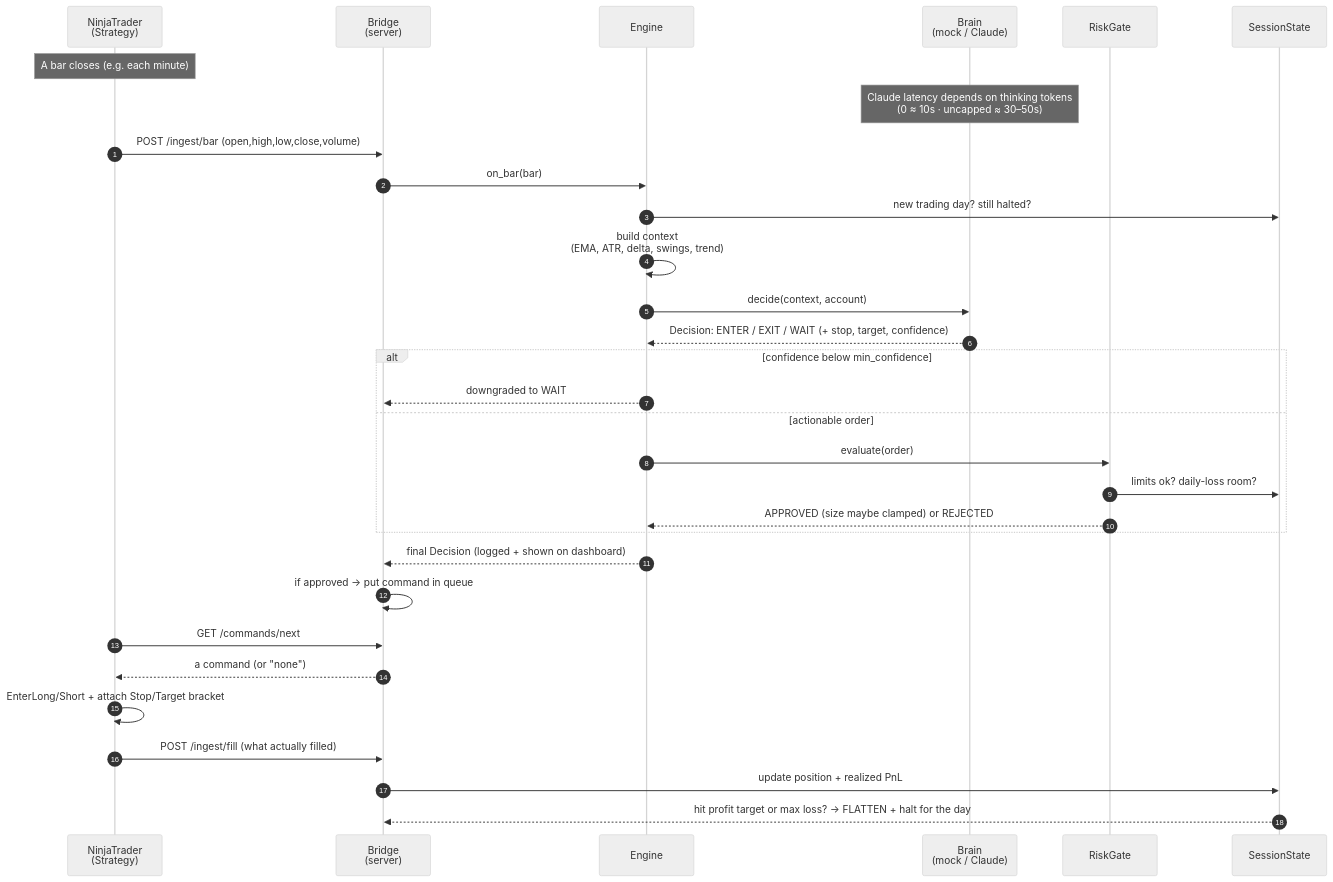
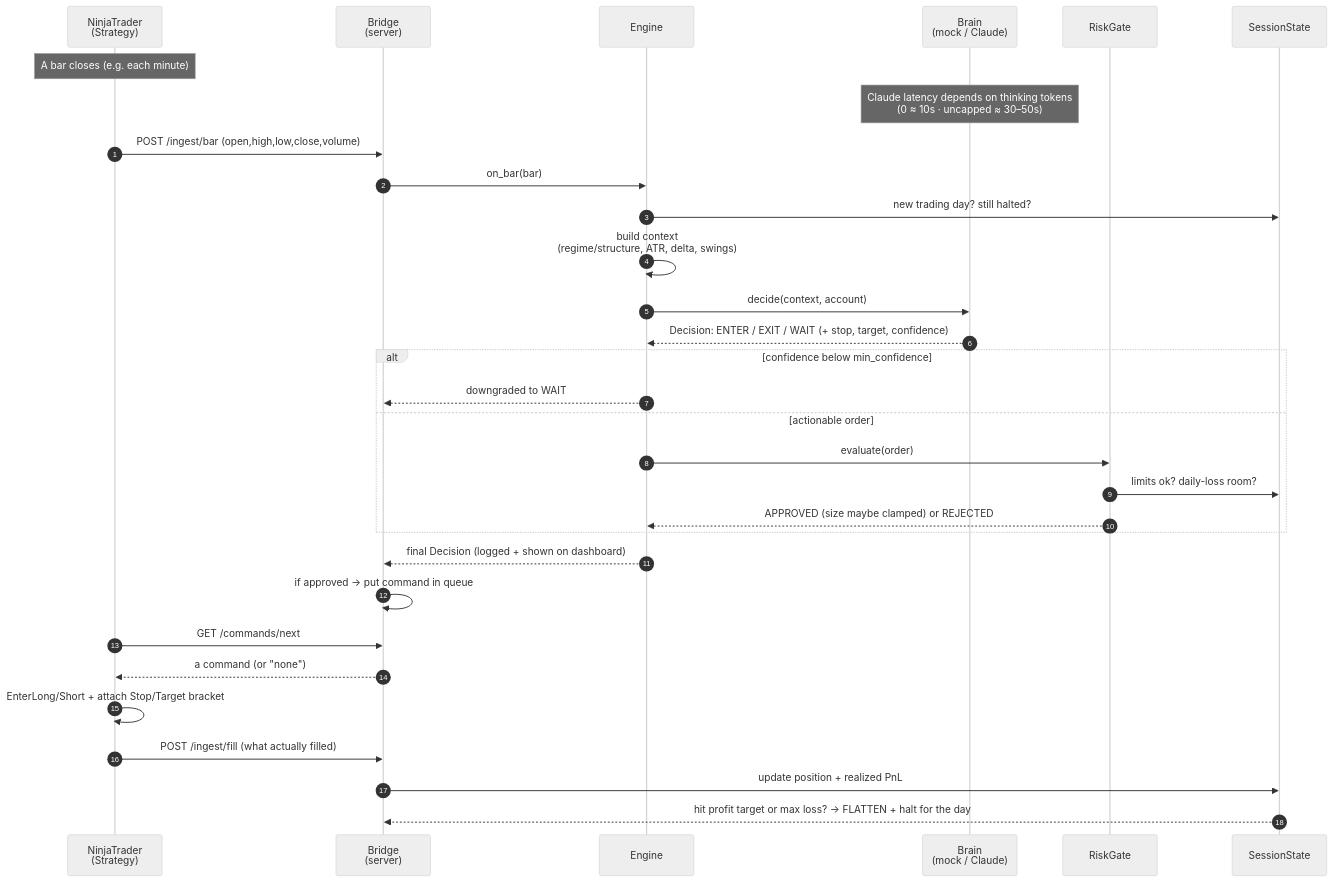
One commit to rrhodeswebdev/hermes-agent-nt changed the second of 3 diagrams in docs/WALKTHROUGH.md. Above: the diagram before and after it, drawn with Mermaid (neutral theme). The commit also changed other lines of this file and 40 other files, not shown here.

````diff
--- a/docs/WALKTHROUGH.md
+++ b/docs/WALKTHROUGH.md
@@ -82,37 +82,37 @@
 ```mermaid
 sequenceDiagram
     autonumber
     participant NT as NinjaTrader<br/>(Strategy)
     participant BR as Bridge<br/>(server)
     participant EN as Engine
     participant BN as Brain<br/>(mock / Claude)
     participant RG as RiskGate
     participant SS as SessionState
 
     Note over NT: A bar closes (e.g. each minute)
     Note over BN: Claude latency depends on thinking tokens<br/>(0 ≈ 10s · uncapped ≈ 30–50s)
     NT->>BR: POST /ingest/bar  (open,high,low,close,volume)
     BR->>EN: on_bar(bar)
     EN->>SS: new trading day? still halted?
-    EN->>EN: build context<br/>(EMA, ATR, delta, swings, trend)
+    EN->>EN: build context<br/>(regime/structure, ATR, delta, swings)
     EN->>BN: decide(context, account)
     BN-->>EN: Decision: ENTER / EXIT / WAIT (+ stop, target, confidence)
 
     alt confidence below min_confidence
         EN-->>BR: downgraded to WAIT
     else actionable order
         EN->>RG: evaluate(order)
         RG->>SS: limits ok? daily-loss room?
         RG-->>EN: APPROVED (size maybe clamped) or REJECTED
     end
 
     EN-->>BR: final Decision (logged + shown on dashboard)
     BR->>BR: if approved → put command in queue
 
     NT->>BR: GET /commands/next
     BR-->>NT: a command (or "none")
     NT->>NT: EnterLong/Short + attach Stop/Target bracket
     NT->>BR: POST /ingest/fill  (what actually filled)
     BR->>SS: update position + realized PnL
     SS-->>BR: hit profit target or max loss? → FLATTEN + halt for the day
 ```
````
